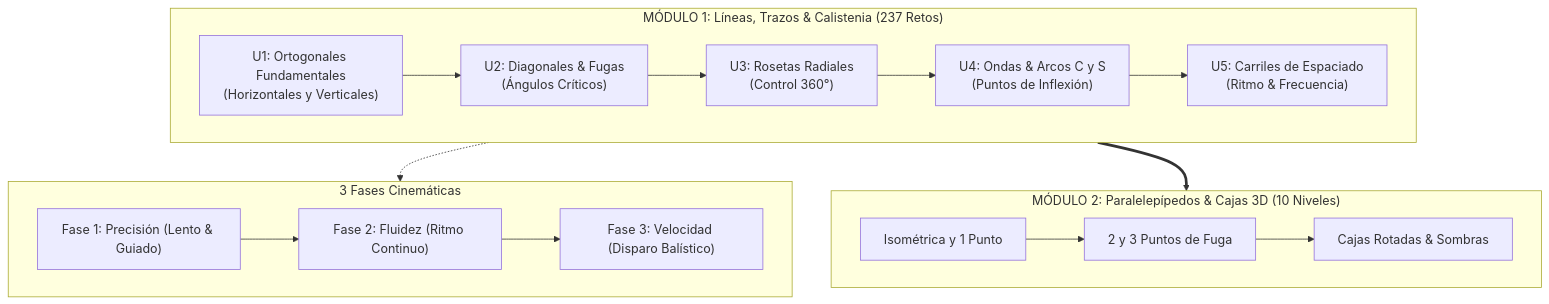
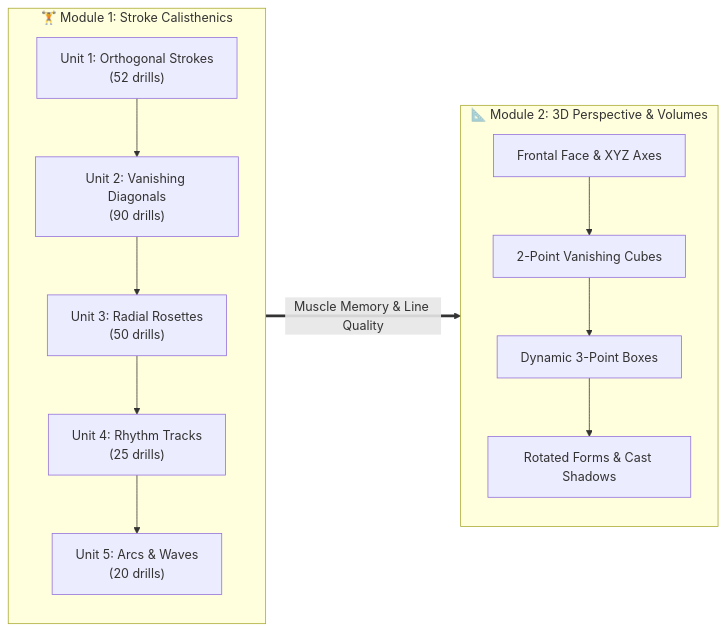
One commit to lazaro-guerrero-losada/paplitz changed the diagram in README.md. Above: the diagram before and after it, drawn with Mermaid. The commit also changed other lines of this file, not shown here.

````diff
--- a/README.md
+++ b/README.md
@@ -100,17 +54,15 @@
 ```mermaid
-flowchart TD
-    subgraph M1["MÓDULO 1: Líneas, Trazos & Calistenia (237 Retos)"]
-        U1["U1: Ortogonales Fundamentales\n(Horizontales y Verticales)"] --> U2["U2: Diagonales & Fugas\n(Ángulos Críticos)"]
-        U2 --> U3["U3: Rosetas Radiales\n(Control 360°)"]
-        U3 --> U4["U4: Ondas & Arcos C y S\n(Puntos de Inflexión)"]
-        U4 --> U5["U5: Carriles de Espaciado\n(Ritmo & Frecuencia)"]
+flowchart LR
+    subgraph M1["🏋️ Module 1: Stroke Calisthenics"]
+        A["Unit 1: Orthogonal Strokes\n(52 drills)"] --> B["Unit 2: Vanishing Diagonals\n(90 drills)"]
+        B --> C["Unit 3: Radial Rosettes\n(50 drills)"]
+        C --> D["Unit 4: Rhythm Tracks\n(25 drills)"]
+        D --> E["Unit 5: Arcs & Waves\n(20 drills)"]
     end
-    subgraph KP["3 Fases Cinemáticas"]
-        F1["Fase 1: Precisión (Lento & Guiado)"] --> F2["Fase 2: Fluidez (Ritmo Continuo)"] --> F3["Fase 3: Velocidad (Disparo Balístico)"]
+    subgraph M2["📐 Module 2: 3D Perspective & Volumes"]
+        F["Frontal Face & XYZ Axes"] --> G["2-Point Vanishing Cubes"]
+        G --> H["Dynamic 3-Point Boxes"]
+        H --> I["Rotated Forms & Cast Shadows"]
     end
-    subgraph M2["MÓDULO 2: Paralelepípedos & Cajas 3D (10 Niveles)"]
-        B1["Isométrica y 1 Punto"] --> B2["2 y 3 Puntos de Fuga"] --> B3["Cajas Rotadas & Sombras"]
-    end
-    M1 -.-> KP
-    M1 ==> M2
+    M1 ==>|Muscle Memory & Line Quality| M2
 ```
````
